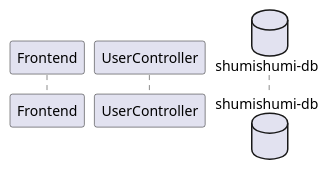
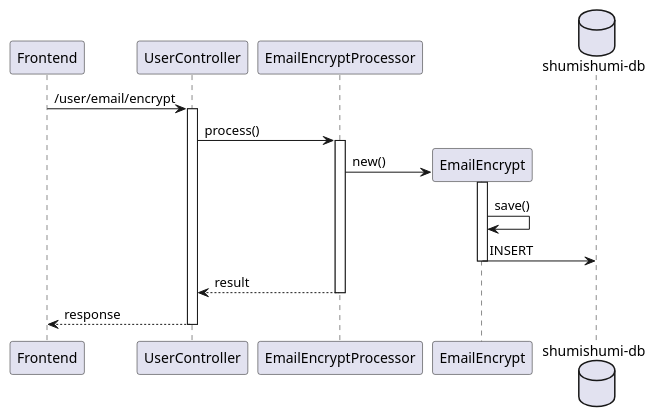
The diagram in uml diagram/sequence diagram/BE/user controller/emailEncrypt.pu (aldihsuhandi/skripsi-2023), drawn with PlantUML before and after one commit. The commit also changed 4 other files, not shown here.

```diff
--- a/uml diagram/sequence diagram/BE/user controller/emailEncrypt.pu
+++ b/uml diagram/sequence diagram/BE/user controller/emailEncrypt.pu
@@ -1,7 +1,24 @@
 @startuml emailEncrypt
 participant "Frontend" as fe
 participant "UserController" as uc
 
+participant "EmailEncryptProcessor" as proc
+
+participant "EmailEncrypt" as em
+
 database "shumishumi-db" as db
 
+
+fe -> uc++ : /user/email/encrypt
+uc -> proc++ : process()
+
+create em
+proc -> em++ : new()
+em -> em : save()
+em -> db : INSERT
+deactivate em
+
+return result
+return response
+
 @enduml
```
